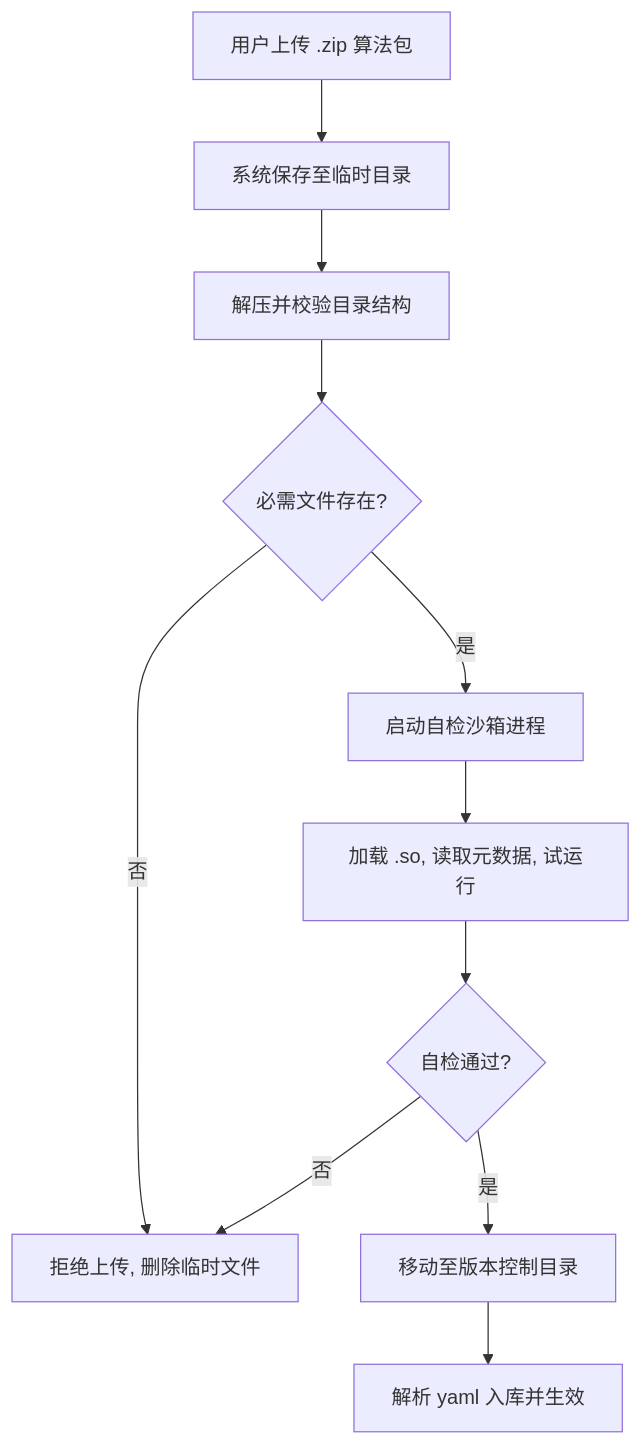
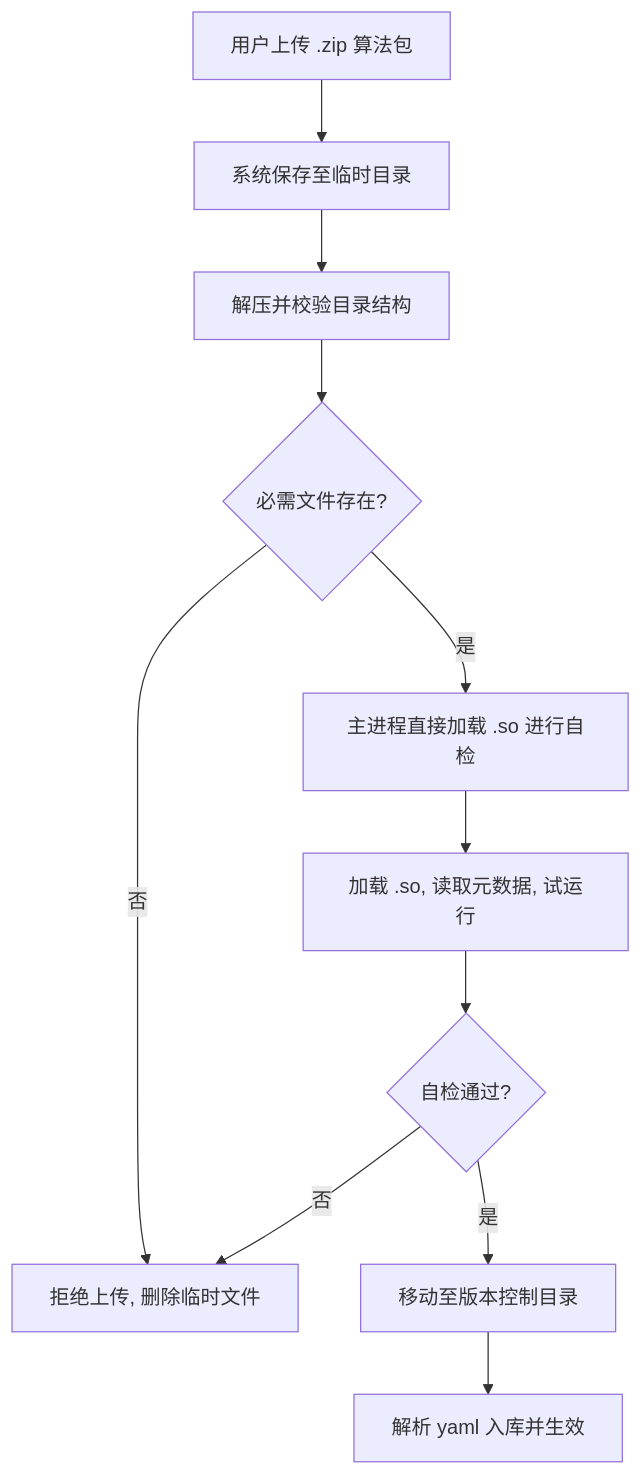
Before and after one commit to nikonikowuw/aivisioninference: the second of 8 diagrams in prd/prd-draft.md, drawn with Mermaid. The commit also changed other lines of this file and 2 other files, not shown here.

First line of the commit message:
docs(architecture): refactor C++ engine architecture from UDS multi-process to TCP single-process multi-thread

````diff
--- a/prd/prd-draft.md
+++ b/prd/prd-draft.md
@@ -838,13 +838,13 @@
 ```mermaid
 graph TD
     A[用户上传 .zip 算法包] --> B[系统保存至临时目录]
     B --> C[解压并校验目录结构]
     C --> D{必需文件存在?}
     D -->|否| E[拒绝上传, 删除临时文件]
-    D -->|是| F[启动自检沙箱进程]
+    D -->|是| F[主进程直接加载 .so 进行自检]
     F --> G[加载 .so, 读取元数据, 试运行]
     G --> H{自检通过?}
     H -->|否| E
     H -->|是| I[移动至版本控制目录]
     I --> J[解析 yaml 入库并生效]
 ```
````
